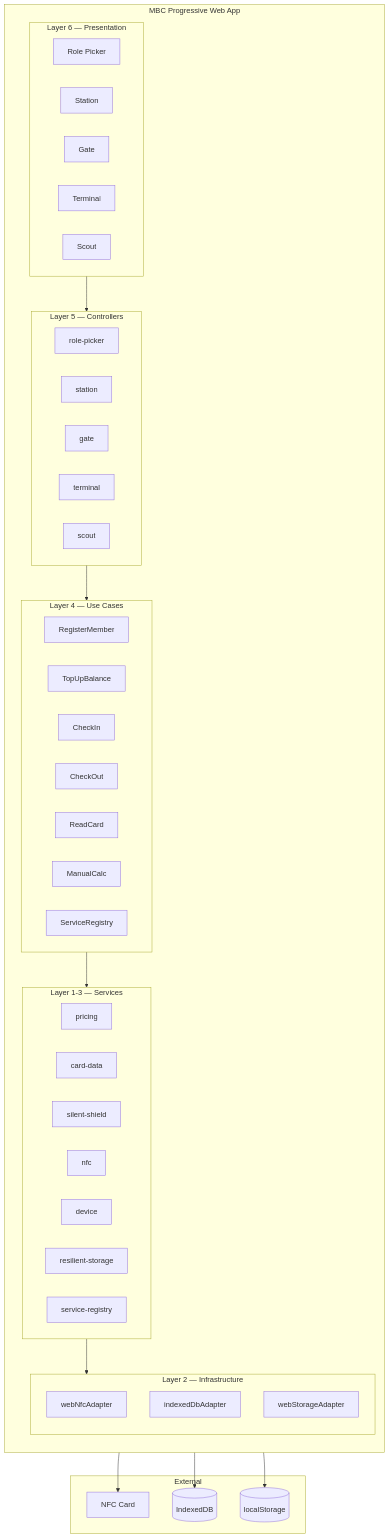
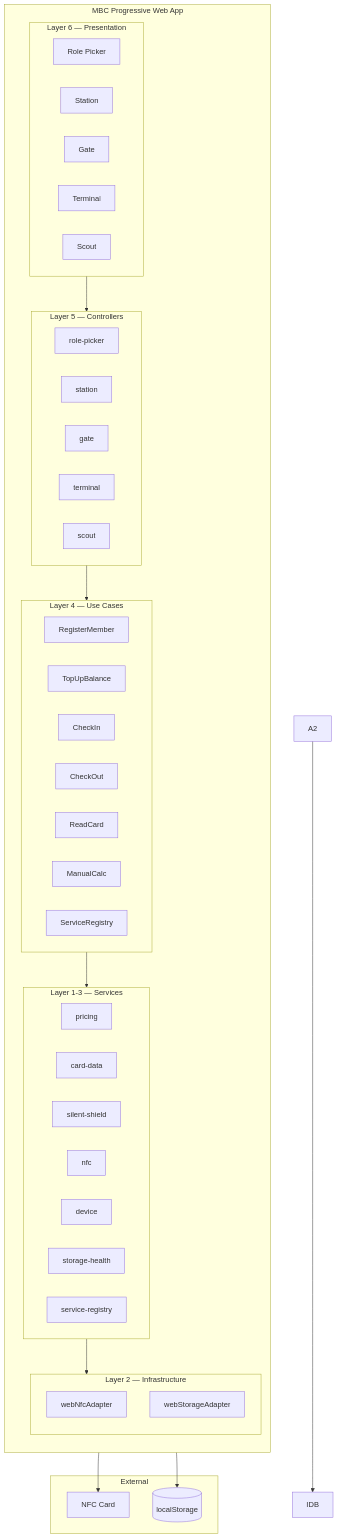
The diagram in docs/wiki/Home.md (widdestoyud/assesment-s1-2026), drawn with Mermaid before and after one commit. The commit also changed other lines of this file and 7 other files, not shown here.

````diff
--- a/docs/wiki/Home.md
+++ b/docs/wiki/Home.md
@@ -13,61 +13,59 @@
 ```mermaid
 graph TB
     subgraph PWA["MBC Progressive Web App"]
         direction TB
         subgraph Presentation["Layer 6 — Presentation"]
             RP[Role Picker]
             ST[Station]
             GT[Gate]
             TM[Terminal]
             SC[Scout]
         end
 
         subgraph Controllers["Layer 5 — Controllers"]
             C1[role-picker]
             C2[station]
             C3[gate]
             C4[terminal]
             C5[scout]
         end
 
         subgraph UseCases["Layer 4 — Use Cases"]
             UC1[RegisterMember]
             UC2[TopUpBalance]
             UC3[CheckIn]
             UC4[CheckOut]
             UC5[ReadCard]
             UC6[ManualCalc]
             UC7[ServiceRegistry]
         end
 
         subgraph Services["Layer 1-3 — Services"]
             S1[pricing]
             S2[card-data]
             S3[silent-shield]
             S4[nfc]
             S5[device]
-            S6[resilient-storage]
+            S6[storage-health]
             S7[service-registry]
         end
 
         subgraph Infra["Layer 2 — Infrastructure"]
             A1[webNfcAdapter]
-            A2[indexedDbAdapter]
             A3[webStorageAdapter]
         end
     end
 
     subgraph External["External"]
         NFC[NFC Card]
-        IDB[(IndexedDB)]
         LS[(localStorage)]
     end
 
     Presentation --> Controllers
     Controllers --> UseCases
     UseCases --> Services
     Services --> Infra
     A1 --> NFC
     A2 --> IDB
     A3 --> LS
 ```
````
